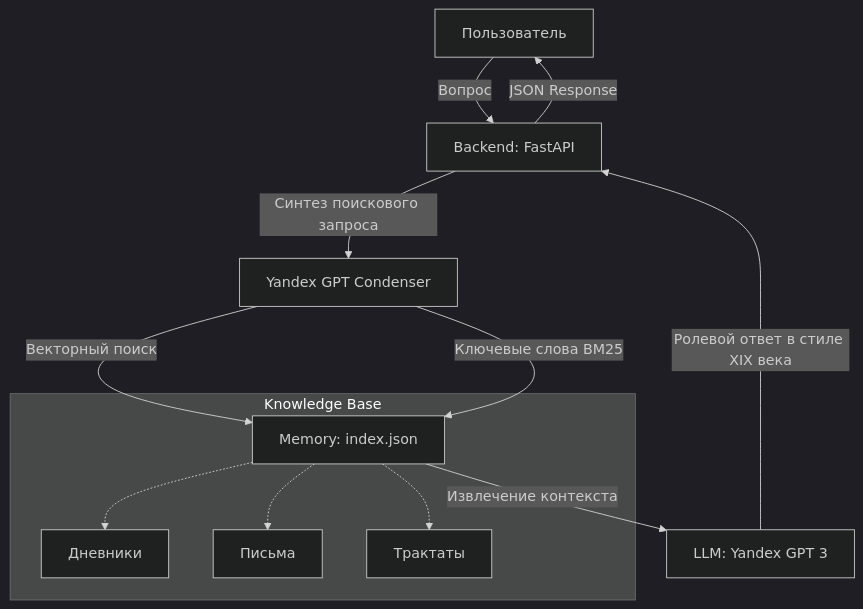
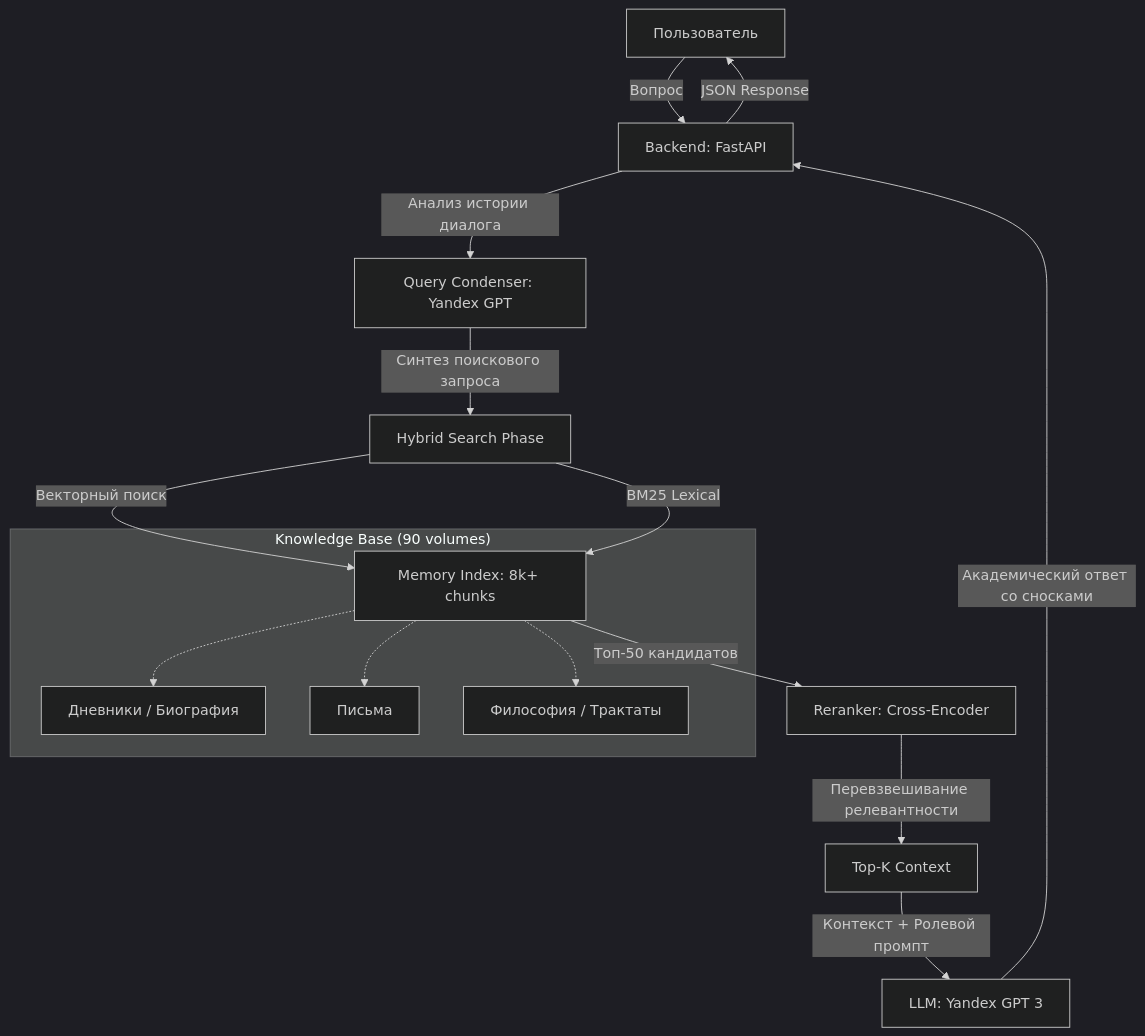
The diagram in README.md (vsanyanov-ux/talk-to-tolstoy-avatar), drawn with Mermaid (dark theme) before and after one commit. The commit also changed other lines of this file, not shown here.

Commit message:
Advanced README: added Reranking, Memory, and Query Condensation features

````diff
--- a/README.md
+++ b/README.md
@@ -11,16 +11,19 @@
 ```mermaid
 graph TD
     A[Пользователь] -->|Вопрос| B[Backend: FastAPI]
-    B -->|Синтез поискового запроса| C[Yandex GPT Condenser]
-    C -->|Векторный поиск| D[Memory: index.json]
-    C -->|Ключевые слова BM25| D
-    D -->|Извлечение контекста| E[LLM: Yandex GPT 3]
-    E -->|Ролевой ответ в стиле XIX века| B
+    B -->|Анализ истории диалога| C[Query Condenser: Yandex GPT]
+    C -->|Синтез поискового запроса| D[Hybrid Search Phase]
+    D -->|Векторный поиск| E[Memory Index: 8k+ chunks]
+    D -->|BM25 Lexical| E
+    E -->|Топ-50 кандидатов| F[Reranker: Cross-Encoder]
+    F -->|Перевзвешивание релевантности| G[Top-K Context]
+    G -->|Контекст + Ролевой промпт| H[LLM: Yandex GPT 3]
+    H -->|Академический ответ со сносками| B
     B -->|JSON Response| A
     
-    subgraph "Knowledge Base"
-    D -.-> F[Дневники]
-    D -.-> G[Письма]
-    D -.-> H[Трактаты]
+    subgraph "Knowledge Base (90 volumes)"
+    E -.-> I[Дневники / Биография]
+    E -.-> J[Письма]
+    E -.-> K[Философия / Трактаты]
     end
 ```
````
